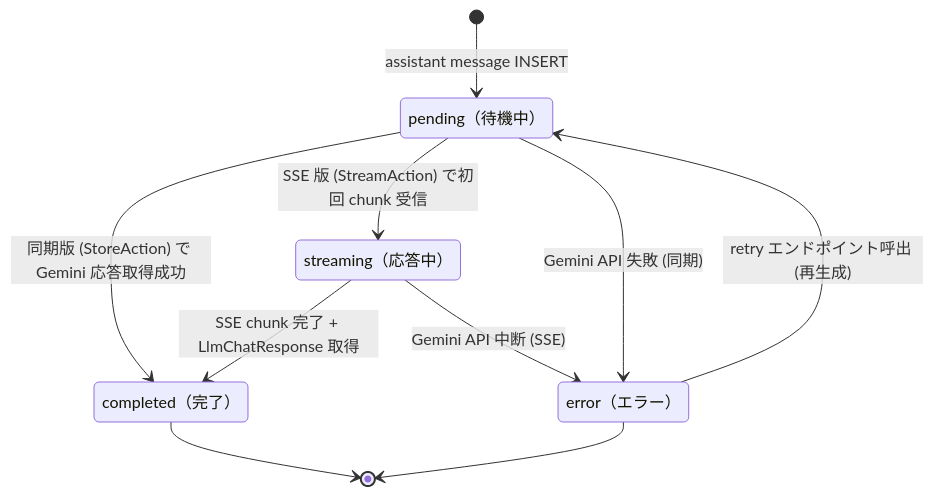
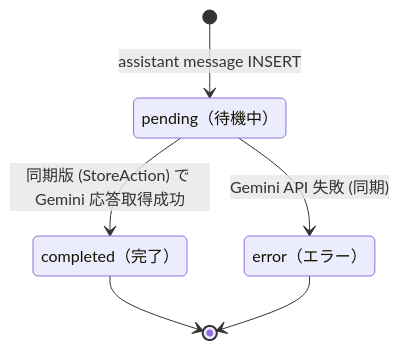
The fourth of 4 diagrams in docs/specs/ai-chat/design.md (coachtech-mockcase-second/ExampleAnswer-mockcase-CertifyLMS), drawn with Mermaid before and after one commit. The commit also changed other lines of this file and 236 other files, not shown here.

````diff
--- a/docs/specs/ai-chat/design.md
+++ b/docs/specs/ai-chat/design.md
@@ -281,17 +204,12 @@
 ```mermaid
 stateDiagram-v2
     pending: pending（待機中）
-    streaming: streaming（応答中）
     completed: completed（完了）
     error: error（エラー）
 
     [*] --> pending: assistant message INSERT
     pending --> completed: 同期版 (StoreAction) で Gemini 応答取得成功
-    pending --> streaming: SSE 版 (StreamAction) で初回 chunk 受信
-    streaming --> completed: SSE chunk 完了 + LlmChatResponse 取得
     pending --> error: Gemini API 失敗 (同期)
-    streaming --> error: Gemini API 中断 (SSE)
-    error --> pending: retry エンドポイント呼出 (再生成)
     completed --> [*]
     error --> [*]
 ```
````
